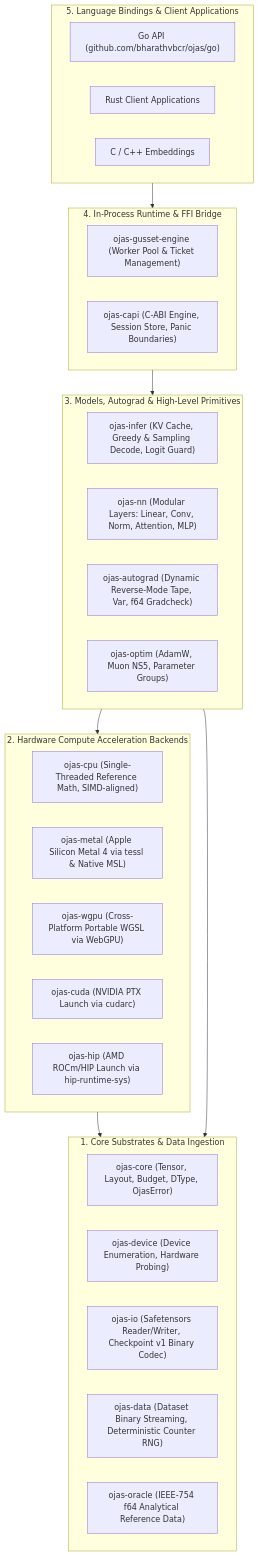
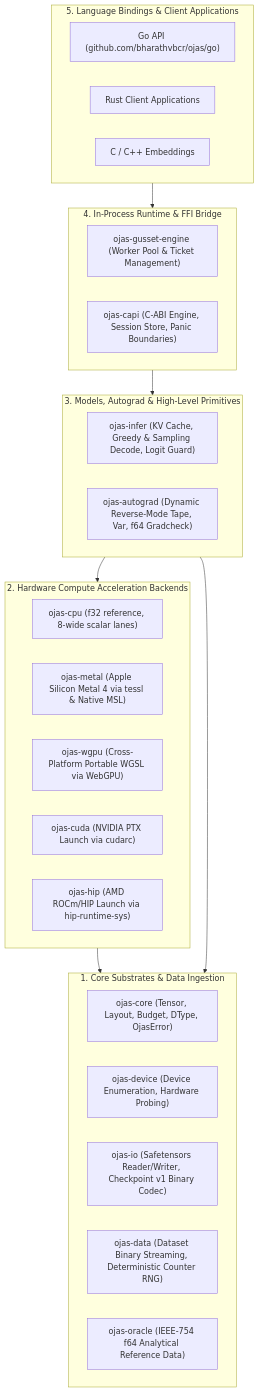
One commit to bharathvbcr/ojas changed the second of 7 diagrams in docs/architecture.md. Above: the diagram before and after it, drawn with Mermaid. The commit also changed 15 other files, not shown here.

````diff
--- a/docs/architecture.md
+++ b/docs/architecture.md
@@ -28,42 +28,40 @@
 ```mermaid
 flowchart TD
     subgraph Layer5["5. Language Bindings & Client Applications"]
         GoPkg["Go API (github.com/bharathvbcr/ojas/go)"]
         RustApps["Rust Client Applications"]
         ForeignHost["C / C++ Embeddings"]
     end
 
     subgraph Layer4["4. In-Process Runtime & FFI Bridge"]
         Gusset["ojas-gusset-engine (Worker Pool & Ticket Management)"]
         CAPI["ojas-capi (C-ABI Engine, Session Store, Panic Boundaries)"]
     end
 
     subgraph Layer3["3. Models, Autograd & High-Level Primitives"]
         Infer["ojas-infer (KV Cache, Greedy & Sampling Decode, Logit Guard)"]
-        NN["ojas-nn (Modular Layers: Linear, Conv, Norm, Attention, MLP)"]
         Autograd["ojas-autograd (Dynamic Reverse-Mode Tape, Var, f64 Gradcheck)"]
-        Optim["ojas-optim (AdamW, Muon NS5, Parameter Groups)"]
     end
 
     subgraph Layer2["2. Hardware Compute Acceleration Backends"]
-        CPU["ojas-cpu (Single-Threaded Reference Math, SIMD-aligned)"]
+        CPU["ojas-cpu (f32 reference, 8-wide scalar lanes)"]
         Metal["ojas-metal (Apple Silicon Metal 4 via tessl & Native MSL)"]
         WGPU["ojas-wgpu (Cross-Platform Portable WGSL via WebGPU)"]
         CUDA["ojas-cuda (NVIDIA PTX Launch via cudarc)"]
         HIP["ojas-hip (AMD ROCm/HIP Launch via hip-runtime-sys)"]
     end
 
     subgraph Layer1["1. Core Substrates & Data Ingestion"]
         Core["ojas-core (Tensor, Layout, Budget, DType, OjasError)"]
         Device["ojas-device (Device Enumeration, Hardware Probing)"]
         IO["ojas-io (Safetensors Reader/Writer, Checkpoint v1 Binary Codec)"]
         Data["ojas-data (Dataset Binary Streaming, Deterministic Counter RNG)"]
         Oracle["ojas-oracle (IEEE-754 f64 Analytical Reference Data)"]
     end
 
     Layer5 --> Layer4
     Layer4 --> Layer3
     Layer3 --> Layer2
     Layer2 --> Layer1
     Layer3 --> Layer1
 ```
````
